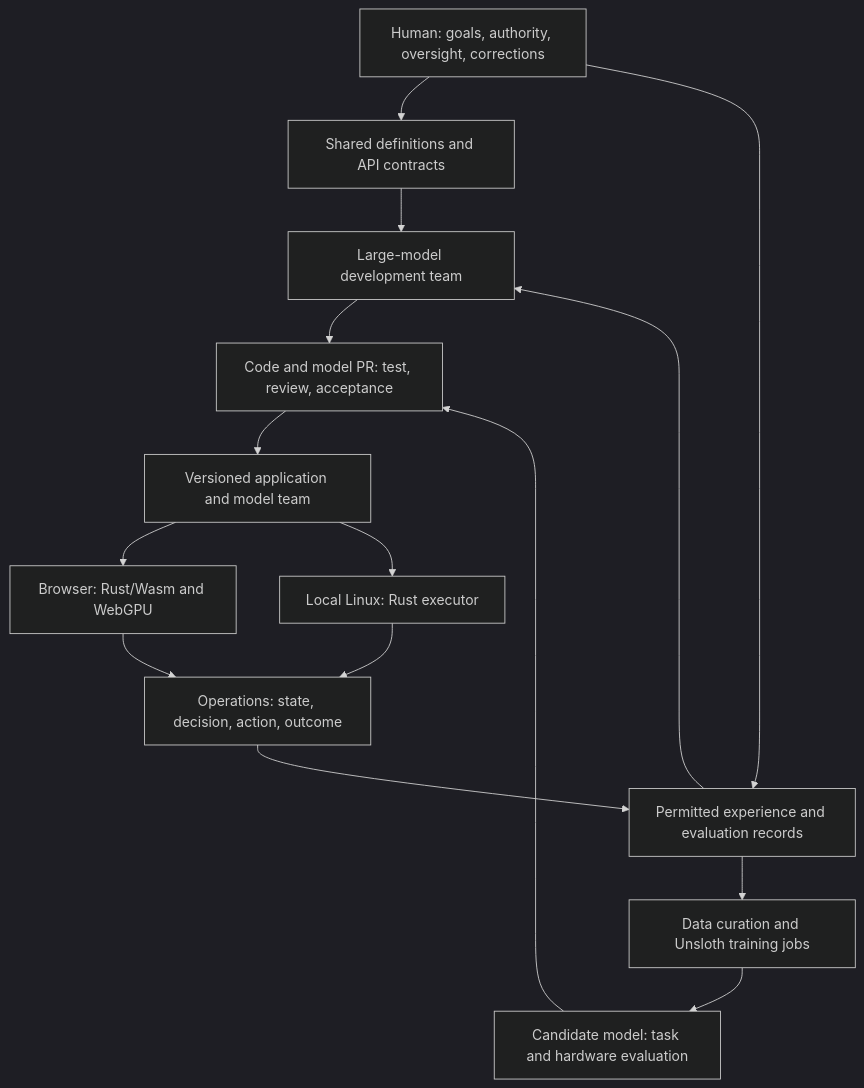
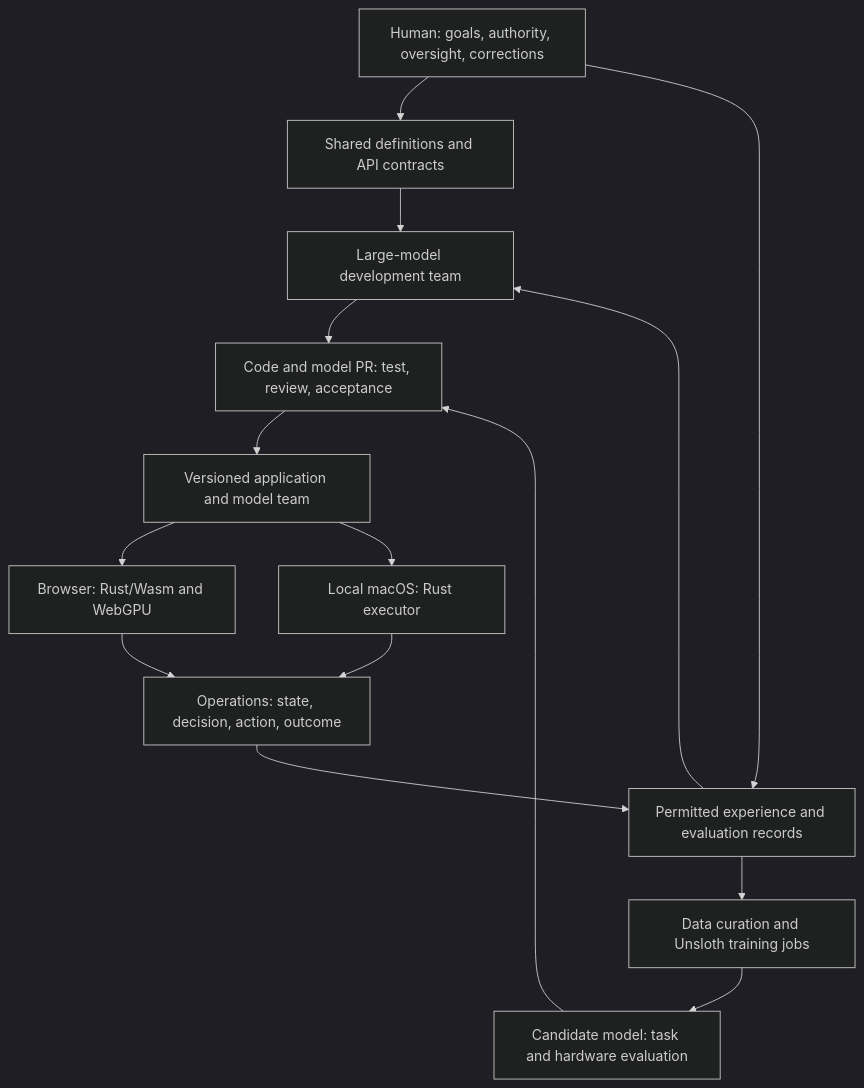
The diagram in docs/architecture.md (eylema-dev/eylema-docs-en), drawn with Mermaid (dark theme) before and after one commit. The commit also changed other lines of this file and 6 other files, not shown here.

````diff
--- a/docs/architecture.md
+++ b/docs/architecture.md
@@ -25,17 +41,17 @@
 ```mermaid
 flowchart TB
     H[Human: goals, authority, oversight, corrections] --> C[Shared definitions and API contracts]
     C --> D[Large-model development team]
     D --> P[Code and model PR: test, review, acceptance]
     P --> R[Versioned application and model team]
     R --> B[Browser: Rust/Wasm and WebGPU]
-    R --> N[Local Linux: Rust executor]
+    R --> N[Local macOS: Rust executor]
     B --> O[Operations: state, decision, action, outcome]
     N --> O
     O --> E[Permitted experience and evaluation records]
     H --> E
     E --> T[Data curation and Unsloth training jobs]
     T --> V[Candidate model: task and hardware evaluation]
     V --> P
     E --> D
 ```
````
